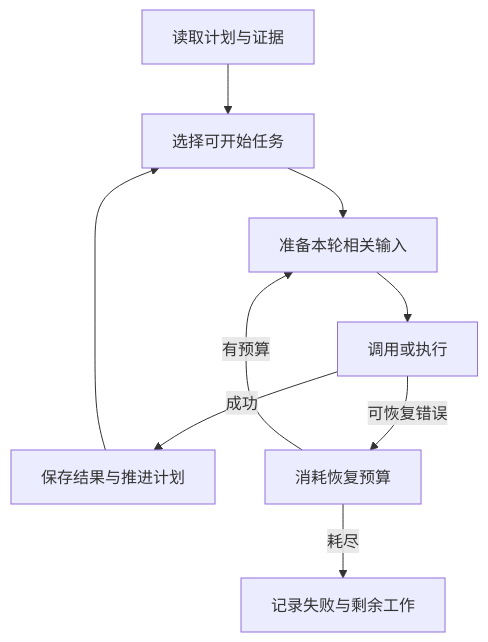
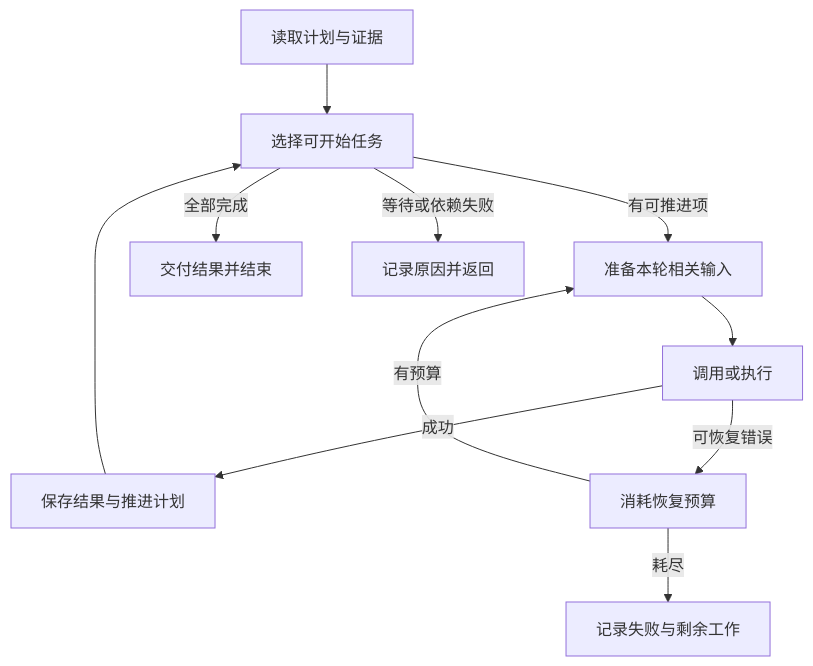
Before and after one commit to benx92/ai-learning-notes: the diagram in 28-长任务怎样保持计划记忆并处理运行错误.md, drawn with Mermaid. The commit also changed other lines of this file and 36 other files, not shown here.

````diff
--- a/28-长任务怎样保持计划记忆并处理运行错误.md
+++ b/28-长任务怎样保持计划记忆并处理运行错误.md
@@ -157,11 +196,13 @@
 ```mermaid
 flowchart TD
     A[读取计划与证据] --> B[选择可开始任务]
-    B --> C[准备本轮相关输入]
+    B -->|有可推进项| C[准备本轮相关输入]
+    B -->|全部完成| H[交付结果并结束]
+    B -->|等待或依赖失败| I[记录原因并返回]
     C --> D[调用或执行]
     D -->|成功| E[保存结果与推进计划]
     D -->|可恢复错误| F[消耗恢复预算]
     F -->|有预算| C
     F -->|耗尽| G[记录失败与剩余工作]
     E --> B
 ```
````
